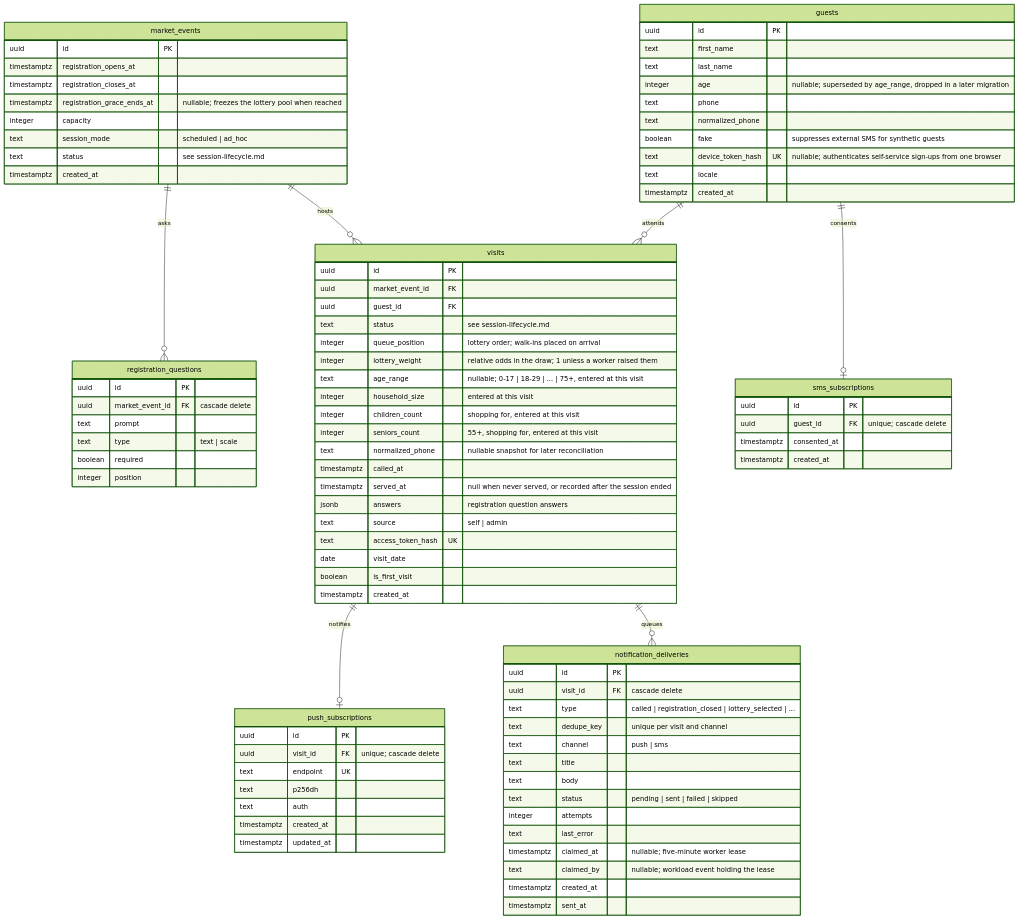
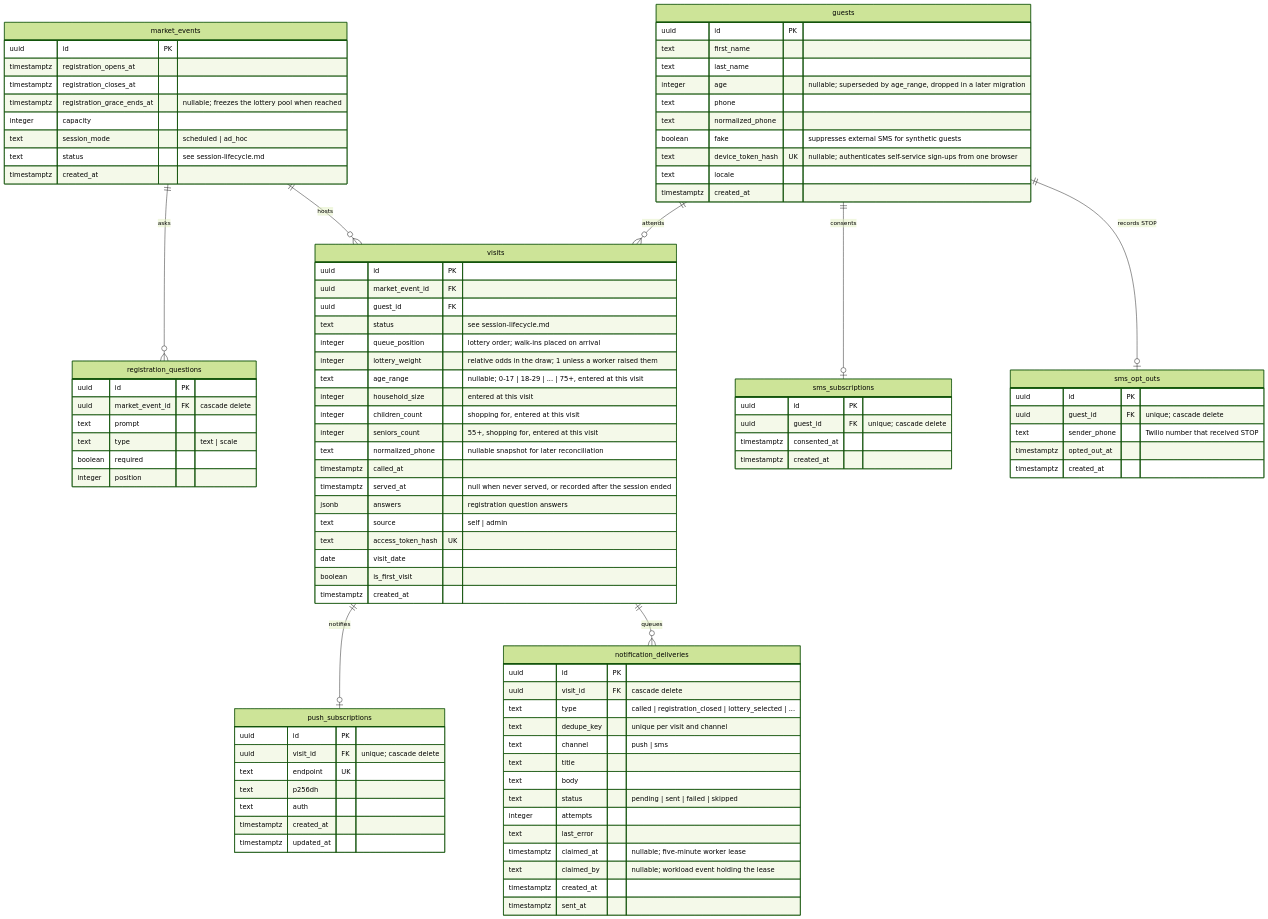
The diagram in docs/data-model.md (bay-compassion/food-market-app), drawn with Mermaid (forest theme) before and after one commit. The commit also changed other lines of this file and 13 other files, not shown here.

First line of the commit message:
feat: add SMS opt-out tracking and Twilio consent restoration

````diff
--- a/docs/data-model.md
+++ b/docs/data-model.md
@@ -20,6 +20,7 @@
     guests ||--o{ visits : "attends"
     visits ||--o| push_subscriptions : "notifies"
     guests ||--o| sms_subscriptions : "consents"
+    guests ||--o| sms_opt_outs : "records STOP"
     visits ||--o{ notification_deliveries : "queues"
 
     market_events {
@@ -110,4 +111,12 @@
         timestamptz consented_at
         timestamptz created_at
     }
+
+    sms_opt_outs {
+        uuid id PK
+        uuid guest_id FK "unique; cascade delete"
+        text sender_phone "Twilio number that received STOP"
+        timestamptz opted_out_at
+        timestamptz created_at
+    }
 ```
````
